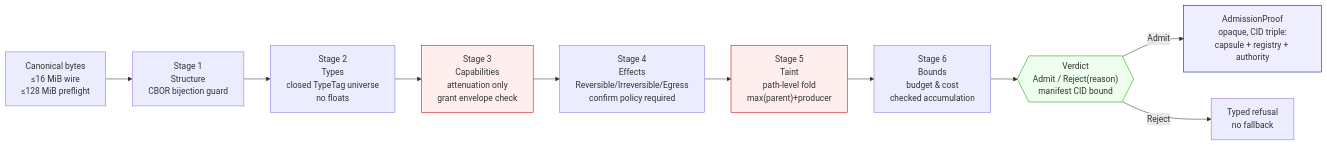
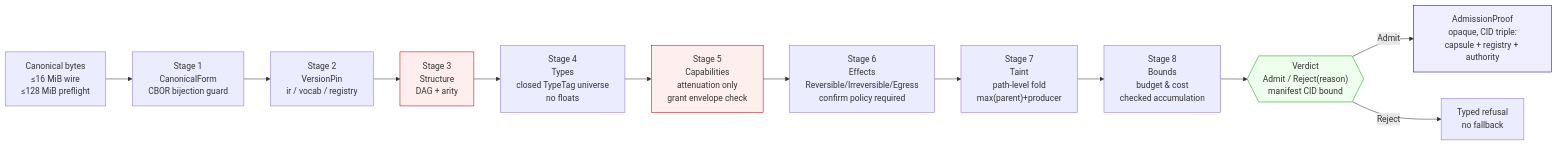
One commit to srinji-kaggss/Braid changed the fourth of 6 diagrams in docs/STRATEGIC-VISION.md. Above: the diagram before and after it, drawn with Mermaid. The commit also changed other lines of this file, not shown here.

Commit message:
docs: fix strategic vision drift — 8-stage pipeline, honest v0.3 roadmap, CID footnotes

````diff
--- a/docs/STRATEGIC-VISION.md
+++ b/docs/STRATEGIC-VISION.md
@@ -165,19 +167,21 @@
 ```mermaid
 flowchart LR
     Bytes["Canonical bytes<br/>≤16 MiB wire<br/>≤128 MiB preflight"] --> S1
 
-    S1["Stage 1<br/>Structure<br/>CBOR bijection guard"] --> S2
-    S2["Stage 2<br/>Types<br/>closed TypeTag universe<br/>no floats"] --> S3
-    S3["Stage 3<br/>Capabilities<br/>attenuation only<br/>grant envelope check"] --> S4
-    S4["Stage 4<br/>Effects<br/>Reversible/Irreversible/Egress<br/>confirm policy required"] --> S5
-    S5["Stage 5<br/>Taint<br/>path-level fold<br/>max(parent)+producer"] --> S6
-    S6["Stage 6<br/>Bounds<br/>budget & cost<br/>checked accumulation"] --> Verdict
+    S1["Stage 1<br/>CanonicalForm<br/>CBOR bijection guard"] --> S2
+    S2["Stage 2<br/>VersionPin<br/>ir / vocab / registry"] --> S3
+    S3["Stage 3<br/>Structure<br/>DAG + arity"] --> S4
+    S4["Stage 4<br/>Types<br/>closed TypeTag universe<br/>no floats"] --> S5
+    S5["Stage 5<br/>Capabilities<br/>attenuation only<br/>grant envelope check"] --> S6
+    S6["Stage 6<br/>Effects<br/>Reversible/Irreversible/Egress<br/>confirm policy required"] --> S7
+    S7["Stage 7<br/>Taint<br/>path-level fold<br/>max(parent)+producer"] --> S8
+    S8["Stage 8<br/>Bounds<br/>budget & cost<br/>checked accumulation"] --> Verdict
 
     Verdict{{"Verdict<br/>Admit / Reject(reason)<br/>manifest CID bound"}} -->|"Admit"| Proof["AdmissionProof<br/>opaque, CID triple:<br/>capsule + registry + authority"]
     Verdict -->|"Reject"| Block["Typed refusal<br/>no fallback"]
 
     style S3 fill:#fee,stroke:#c00
     style S5 fill:#fee,stroke:#c00
     style Verdict fill:#efe,stroke:#0a0
     style Proof fill:#eef,stroke:#00a
 ```
````
